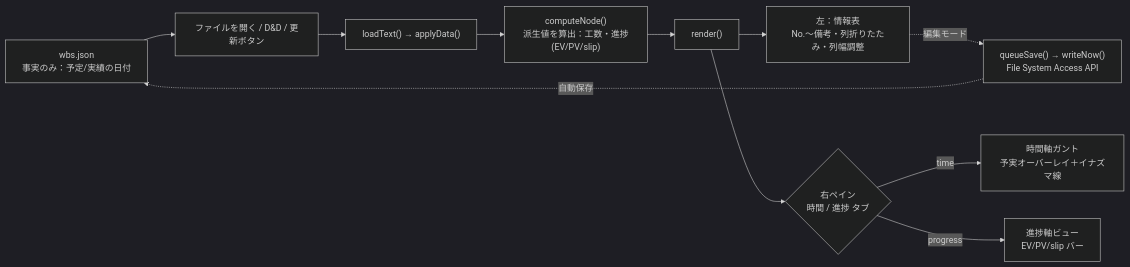
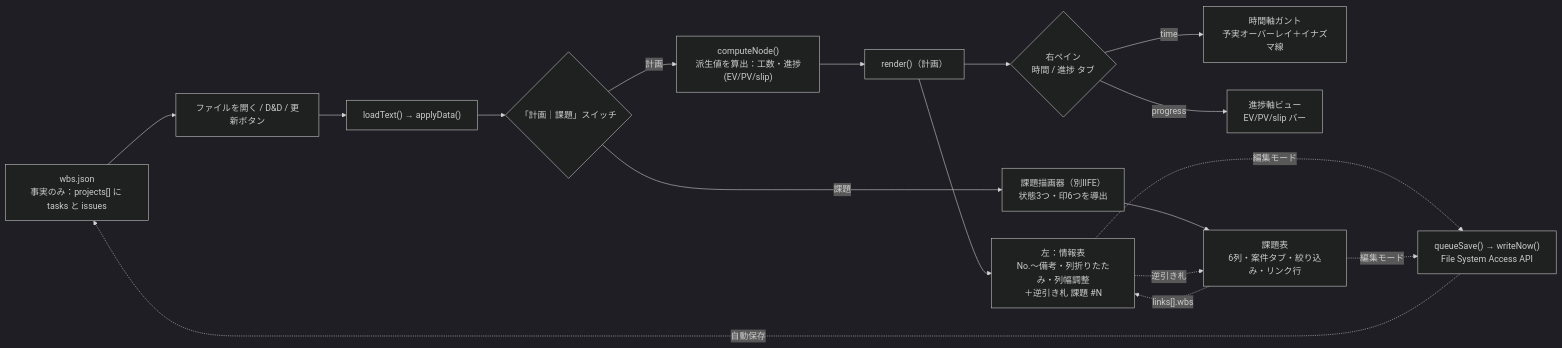
One commit to piguo45/single-file-wbs changed the first of 2 diagrams in docs/design/system-overview.md. Above: the diagram before and after it, drawn with Mermaid (dark theme). The commit also changed other lines of this file and 20 other files, not shown here.

````diff
--- a/docs/design/system-overview.md
+++ b/docs/design/system-overview.md
@@ -40,20 +46,28 @@
 ```mermaid
 graph LR
-    JSON[wbs.json<br/>事実のみ：予定/実績の日付]
+    JSON["wbs.json<br/>事実のみ：projects[] に tasks と issues"]
     OPEN[ファイルを開く / D&D / 更新ボタン]
     LOAD["loadText() → applyData()"]
+    SW{"「計画｜課題」スイッチ"}
     CALC["computeNode()<br/>派生値を算出：工数・進捗(EV/PV/slip)"]
-    RENDER["render()"]
-    LEFT[左：情報表<br/>No.〜備考・列折りたたみ・列幅調整]
+    RENDER["render()（計画）"]
+    LEFT["左：情報表<br/>No.〜備考・列折りたたみ・列幅調整<br/>＋逆引き札 課題 #N"]
     TABS{右ペイン<br/>時間 / 進捗 タブ}
     GANTT[時間軸ガント<br/>予実オーバーレイ＋イナズマ線]
     PROG[進捗軸ビュー<br/>EV/PV/slip バー]
+    IREND["課題描画器（別IIFE）<br/>状態3つ・印6つを導出"]
+    ITBL["課題表<br/>6列・案件タブ・絞り込み・リンク行"]
 
-    JSON --> OPEN --> LOAD --> CALC --> RENDER
+    JSON --> OPEN --> LOAD --> SW
+    SW -->|計画| CALC --> RENDER
+    SW -->|課題| IREND --> ITBL
     RENDER --> LEFT
     RENDER --> TABS
     TABS -->|time| GANTT
     TABS -->|progress| PROG
     LEFT -.編集モード.-> WRITE["queueSave() → writeNow()<br/>File System Access API"]
+    ITBL -.編集モード.-> WRITE
     WRITE -.自動保存.-> JSON
+    ITBL -. "links[].wbs" .-> LEFT
+    LEFT -. "逆引き札" .-> ITBL
 ```
````
